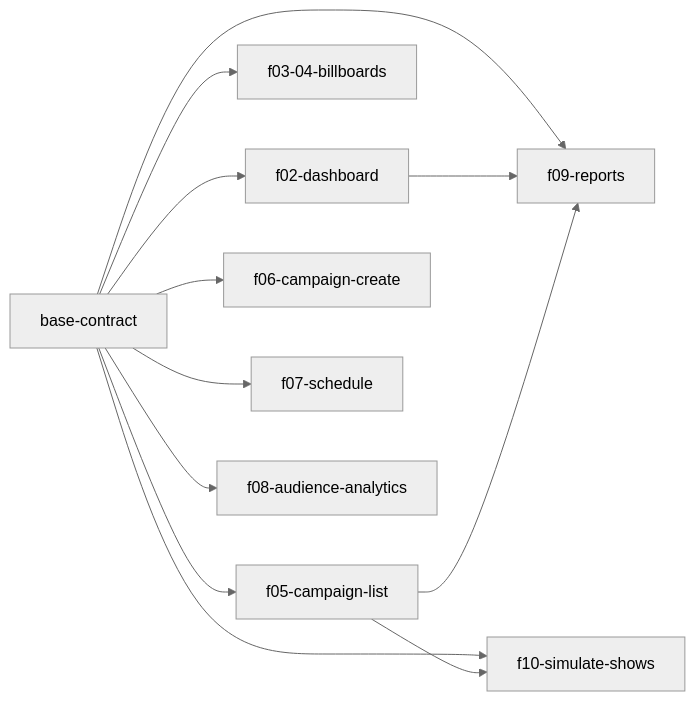
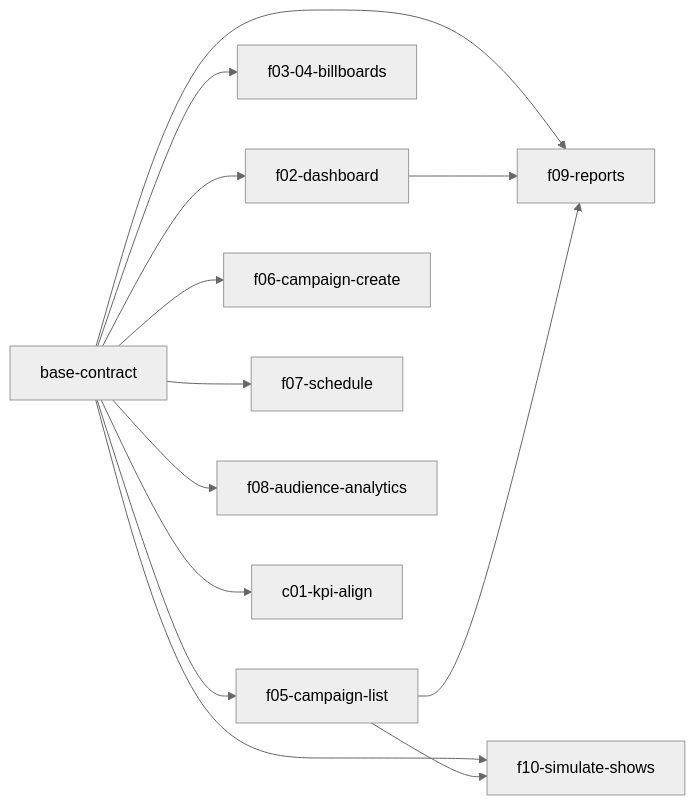
Before and after one commit to kudaiberdi-swe/billboard-management: the diagram in openspec/changes/PLAN.md, drawn with Mermaid (neutral theme). The commit also changed other lines of this file and 7 other files, not shown here.

Commit message:
c01-kpi-align: spec delta and wave 3 plan

````diff
--- a/openspec/changes/PLAN.md
+++ b/openspec/changes/PLAN.md
@@ -55,14 +62,15 @@
 ```mermaid
 flowchart LR
   base-contract --> f02-dashboard
   base-contract --> f03-04-billboards
   base-contract --> f05-campaign-list
   base-contract --> f06-campaign-create
   base-contract --> f07-schedule
   base-contract --> f08-audience-analytics
   base-contract --> f09-reports
   base-contract --> f10-simulate-shows
   f02-dashboard --> f09-reports
   f05-campaign-list --> f09-reports
   f05-campaign-list --> f10-simulate-shows
+  base-contract --> c01-kpi-align
 ```
````
